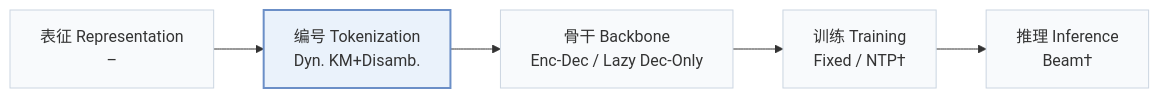
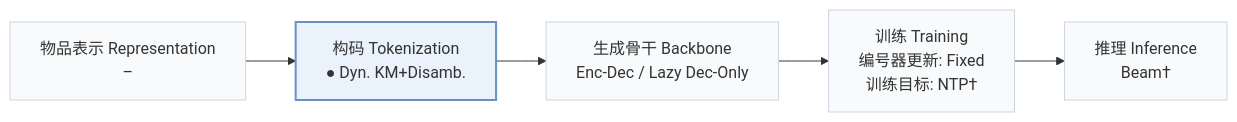
Before and after one commit to Galaxy-ghost/Awesome-SID-Generative-Rec: the first of 2 diagrams in pages/zh/papers/dynamic-single-codebook.md, drawn with Mermaid. The commit also changed other lines of this file and 558 other files, not shown here.

````diff
--- a/pages/zh/papers/dynamic-single-codebook.md
+++ b/pages/zh/papers/dynamic-single-codebook.md
@@ -15,8 +19,8 @@
 ```mermaid
 flowchart LR
-    R["表征 Representation<br/>–"] --> T["编号 Tokenization<br/>Dyn. KM+Disamb."] --> B["骨干 Backbone<br/>Enc-Dec / Lazy Dec-Only"] --> TR["训练 Training<br/>Fixed / NTP†"] --> I["推理 Inference<br/>Beam†"]
+    R["物品表示 Representation<br/>–"] --> T["构码 Tokenization<br/>● Dyn. KM+Disamb."] --> B["生成骨干 Backbone<br/>Enc-Dec / Lazy Dec-Only"] --> TR["训练 Training<br/>编号器更新: Fixed<br/>训练目标: NTP†"] --> I["推理 Inference<br/>Beam†"]
     classDef base fill:#f8fafc,stroke:#cbd5e1
     class R,T,B,TR,I base
     classDef main fill:#eaf2fb,stroke:#6b8fc7,stroke-width:2px
     class T main
 ```
````
